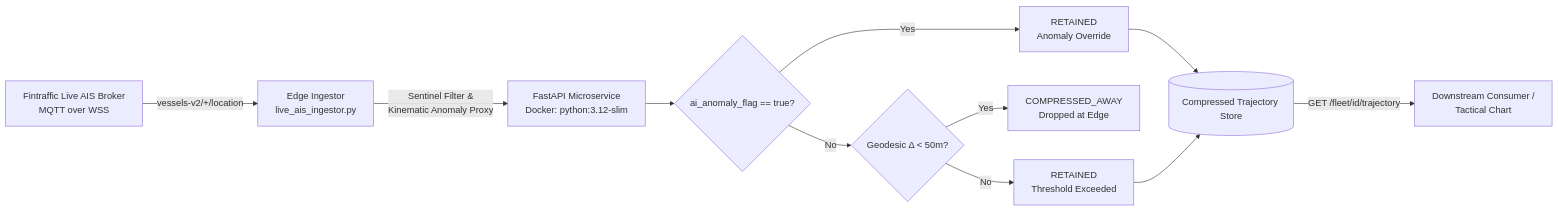
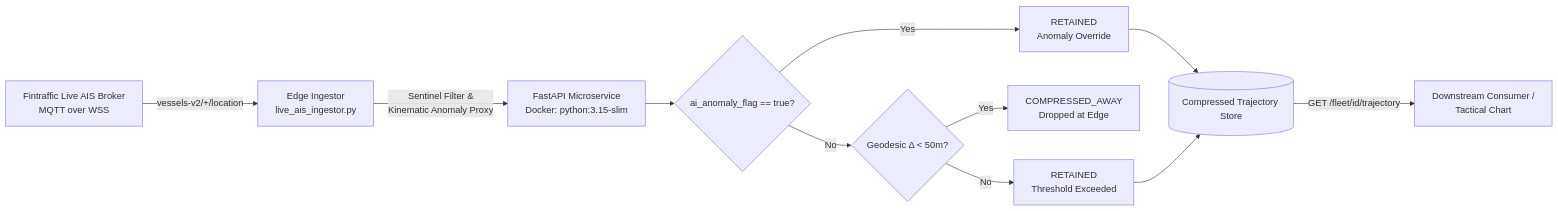
One commit to megzin11/Geospatial-Fleet-API changed the diagram in README.md. Above: the diagram before and after it, drawn with Mermaid.

Commit message:
Update Docker image version in README

````diff
--- a/README.md
+++ b/README.md
@@ -14,13 +14,13 @@
 ```mermaid
 flowchart LR
     A[Fintraffic Live AIS Broker<br/>MQTT over WSS] -->|vessels-v2/+/location| B[Edge Ingestor<br/>live_ais_ingestor.py]
-    B -->|Sentinel Filter &<br/>Kinematic Anomaly Proxy| C[FastAPI Microservice<br/>Docker: python:3.12-slim]
+    B -->|Sentinel Filter &<br/>Kinematic Anomaly Proxy| C[FastAPI Microservice<br/>Docker: python:3.15-slim]
     C --> D{ai_anomaly_flag == true?}
     D -->|Yes| E[RETAINED<br/>Anomaly Override]
     D -->|No| F{Geodesic Δ < 50m?}
     F -->|Yes| G[COMPRESSED_AWAY<br/>Dropped at Edge]
     F -->|No| H[RETAINED<br/>Threshold Exceeded]
     E --> I[(Compressed Trajectory Store)]
     H --> I
     I -->|GET /fleet/id/trajectory| J[Downstream Consumer /<br/>Tactical Chart]
 ```
````
